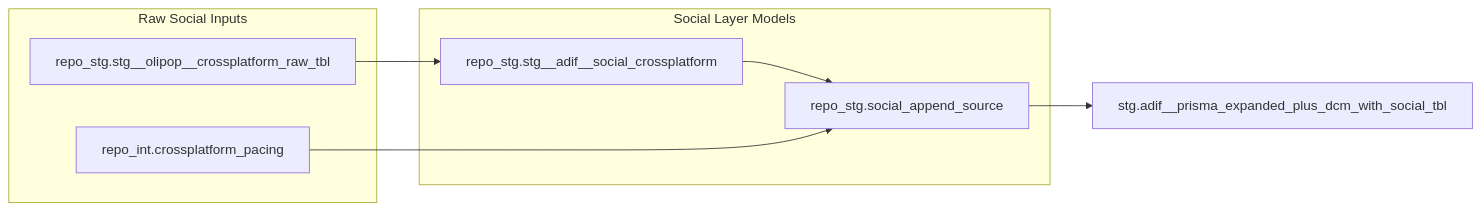
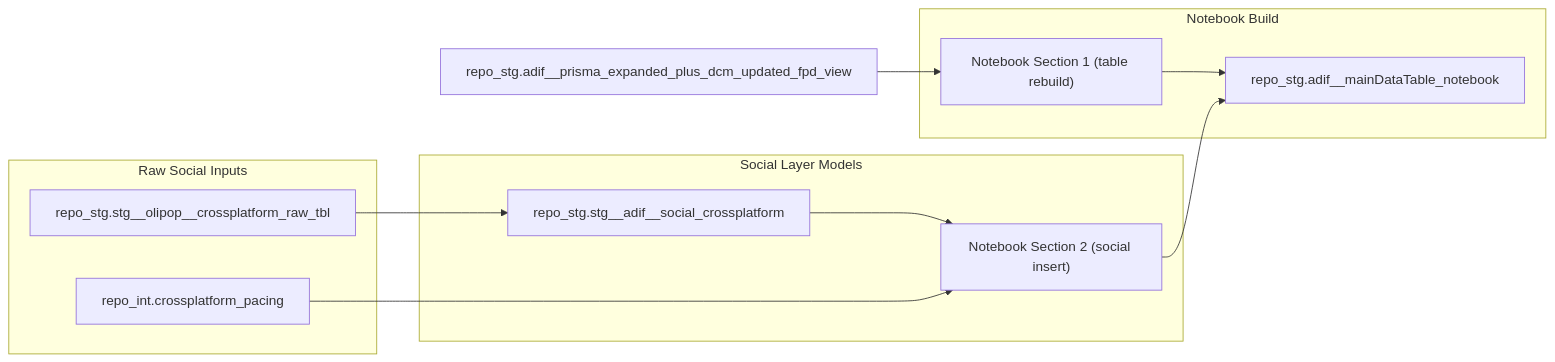
The diagram in adif/projects/social_layering/README.md (genetsen/looker_personal), drawn with Mermaid before and after one commit. The commit also changed other lines of this file and 22 other files, not shown here.

````diff
--- a/adif/projects/social_layering/README.md
+++ b/adif/projects/social_layering/README.md
@@ -7,17 +8,24 @@
 ```mermaid
 flowchart LR
   subgraph raw_social["Raw Social Inputs"]
     social_raw["repo_stg.stg__olipop__crossplatform_raw_tbl"]
     pacing["repo_int.crossplatform_pacing"]
   end
 
   subgraph social_models["Social Layer Models"]
     social_stg["repo_stg.stg__adif__social_crossplatform"]
-    social_append["repo_stg.social_append_source"]
+    social_nb_s2["Notebook Section 2 (social insert)"]
+  end
+
+  subgraph notebook["Notebook Build"]
+    social_nb_s1["Notebook Section 1 (table rebuild)"]
+    target_tbl["repo_stg.adif__mainDataTable_notebook"]
   end
 
   social_raw --> social_stg
-  social_stg --> social_append
-  pacing --> social_append
-  social_append --> final_tbl["stg.adif__prisma_expanded_plus_dcm_with_social_tbl"]
+  social_stg --> social_nb_s2
+  pacing --> social_nb_s2
+  core_upd["repo_stg.adif__prisma_expanded_plus_dcm_updated_fpd_view"] --> social_nb_s1
+  social_nb_s1 --> target_tbl
+  social_nb_s2 --> target_tbl
 ```
````
